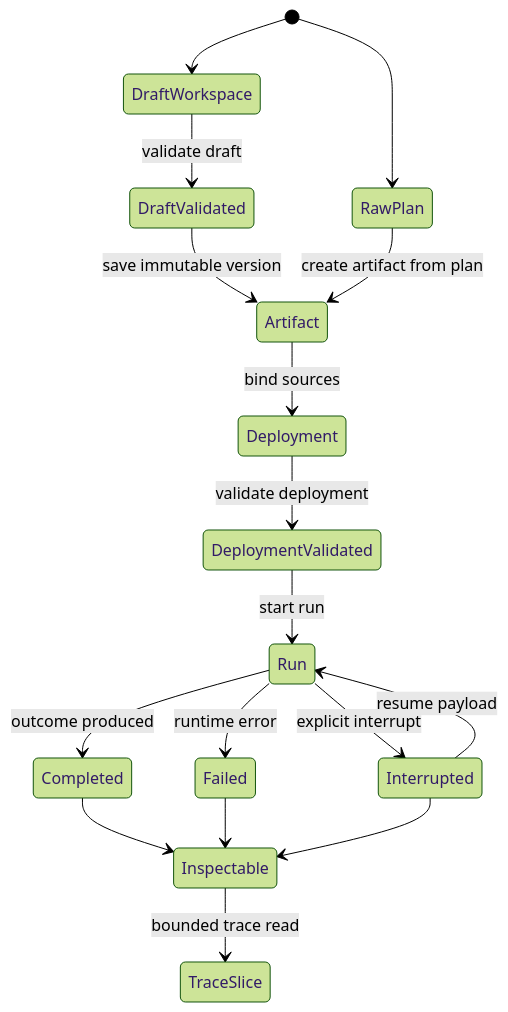
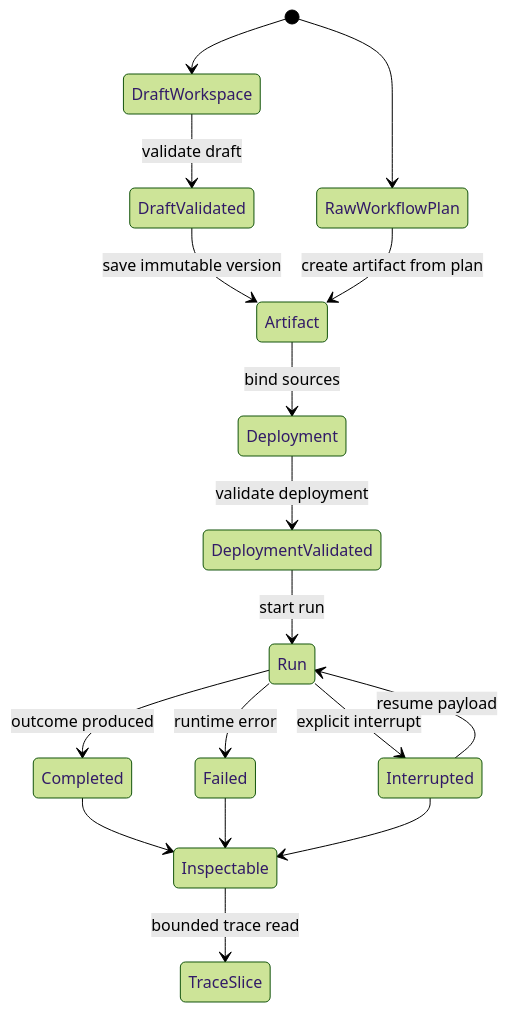
One commit to ldlda/wf changed the third of 8 diagrams in docs/thesis/system-design-implementation.md. Above: the diagram before and after it, drawn with Mermaid (forest theme). The commit also changed other lines of this file and 11 other files, not shown here.

````diff
--- a/docs/thesis/system-design-implementation.md
+++ b/docs/thesis/system-design-implementation.md
@@ -610,22 +623,22 @@
 ```{.mermaid #fig:workflow-lifecycle height=80% caption="Workflow lifecycle: mutable drafts become immutable artifacts; deployments bind those artifacts to live sources; runs produce inspectable records and bounded traces."}
 stateDiagram-v2
   direction TB
   [*] --> DraftWorkspace
-  [*] --> RawPlan
+  [*] --> RawWorkflowPlan
   DraftWorkspace --> DraftValidated: validate draft
   DraftValidated --> Artifact: save immutable version
-  RawPlan --> Artifact: create artifact from plan
+  RawWorkflowPlan --> Artifact: create artifact from plan
   Artifact --> Deployment: bind sources
   Deployment --> DeploymentValidated: validate deployment
   DeploymentValidated --> Run: start run
 
   Run --> Completed: outcome produced
   Run --> Failed: runtime error
   Run --> Interrupted: explicit interrupt
   Interrupted --> Run: resume payload
 
   Completed --> Inspectable
   Failed --> Inspectable
   Interrupted --> Inspectable
   Inspectable --> TraceSlice: bounded trace read
 ```
````
